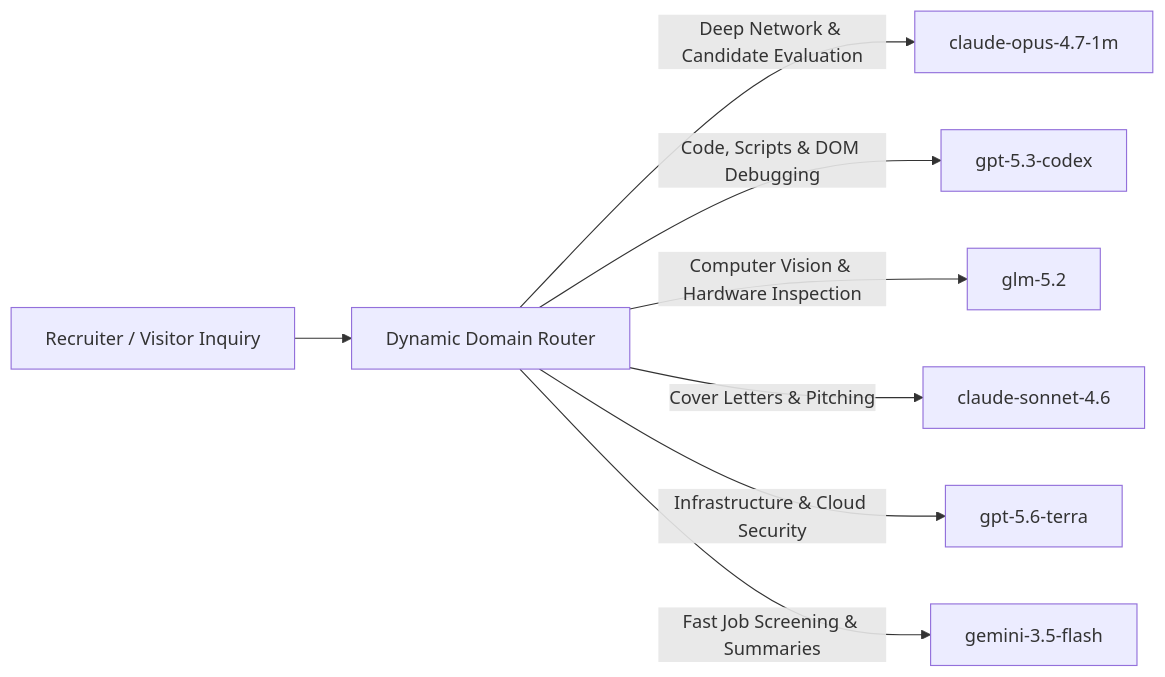
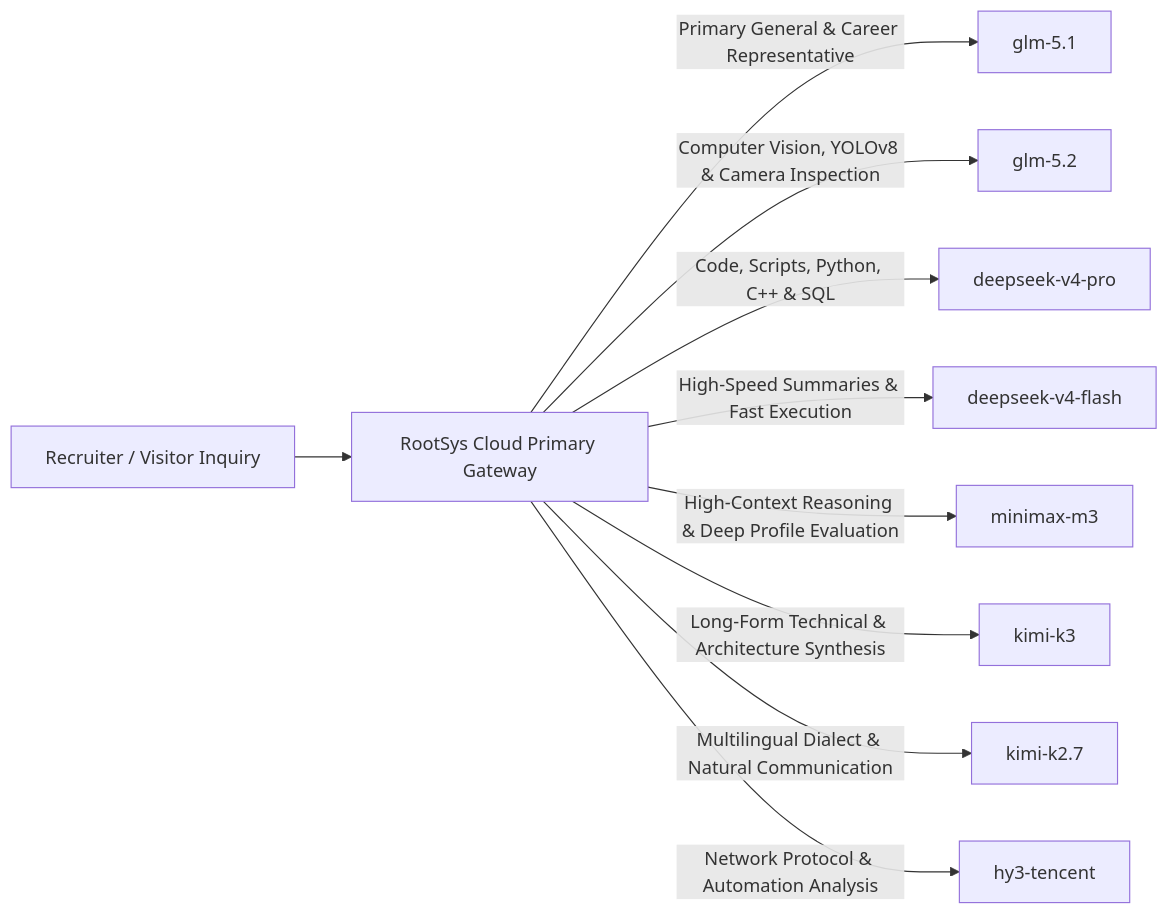
One commit to l3al3y/Portfolio changed the second of 2 diagrams in README.md. Above: the diagram before and after it, drawn with Mermaid. The commit also changed other lines of this file, not shown here.

Commit message:
docs: update AI Career Assistant Architecture section with primary RootSys Cloud 8 models and HA policy

````diff
--- a/README.md
+++ b/README.md
@@ -72,10 +72,12 @@
 ```mermaid
 graph LR
-    UserQuery[Recruiter / Visitor Inquiry] --> Router[Dynamic Domain Router]
-    Router -->|Deep Network & Candidate Evaluation| Opus[claude-opus-4.7-1m]
-    Router -->|Code, Scripts & DOM Debugging| Codex[gpt-5.3-codex]
-    Router -->|Computer Vision & Hardware Inspection| GLM[glm-5.2]
-    Router -->|Cover Letters & Pitching| Sonnet[claude-sonnet-4.6]
-    Router -->|Infrastructure & Cloud Security| Terra[gpt-5.6-terra]
-    Router -->|Fast Job Screening & Summaries| Flash[gemini-3.5-flash]
+    UserQuery[Recruiter / Visitor Inquiry] --> Router[RootSys Cloud Primary Gateway]
+    Router -->|Primary General & Career Representative| GLM51[glm-5.1]
+    Router -->|Computer Vision, YOLOv8 & Camera Inspection| GLM52[glm-5.2]
+    Router -->|Code, Scripts, Python, C++ & SQL| DS4Pro[deepseek-v4-pro]
+    Router -->|High-Speed Summaries & Fast Execution| DS4Flash[deepseek-v4-flash]
+    Router -->|High-Context Reasoning & Deep Profile Evaluation| MiniMax[minimax-m3]
+    Router -->|Long-Form Technical & Architecture Synthesis| KimiK3[kimi-k3]
+    Router -->|Multilingual Dialect & Natural Communication| KimiK27[kimi-k2.7]
+    Router -->|Network Protocol & Automation Analysis| HY3[hy3-tencent]
 ```
````
